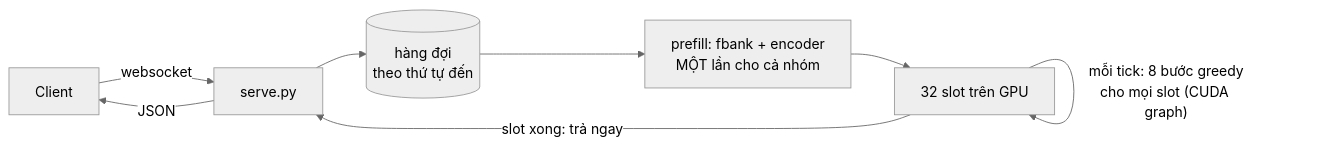
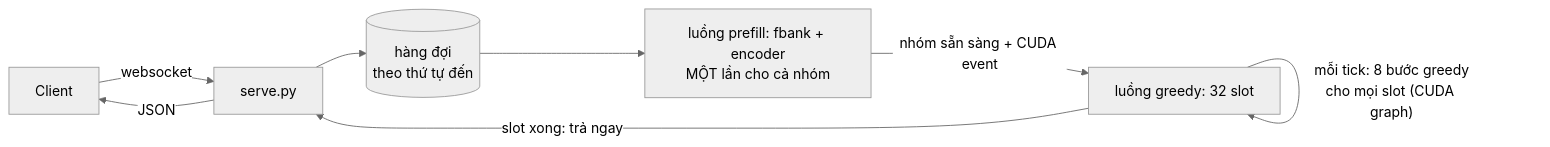
One commit to dotieuthien/zipformer-asr-lite changed the diagram in OPTIMIZATION.md. Above: the diagram before and after it, drawn with Mermaid (neutral theme). The commit also changed other lines of this file and 103 other files, not shown here.

First line of the commit message:
lite: encoder on its own thread and CUDA stream, VRAM release valve; phase 2 write-up

````diff
--- a/OPTIMIZATION.md
+++ b/OPTIMIZATION.md
@@ -117,10 +265,10 @@
 ```mermaid
 flowchart LR
     C[Client] -- websocket --> IO["serve.py"]
     IO --> P[("hàng đợi<br/>theo thứ tự đến")]
-    P --> A["prefill: fbank + encoder<br/>MỘT lần cho cả nhóm"]
-    A --> S["32 slot trên GPU"]
+    P --> A["luồng prefill: fbank + encoder<br/>MỘT lần cho cả nhóm"]
+    A -- "nhóm sẵn sàng + CUDA event" --> S["luồng greedy: 32 slot"]
     S -- "mỗi tick: 8 bước greedy<br/>cho mọi slot (CUDA graph)" --> S
     S -- "slot xong: trả ngay" --> IO
     IO -- JSON --> C
 ```
````
